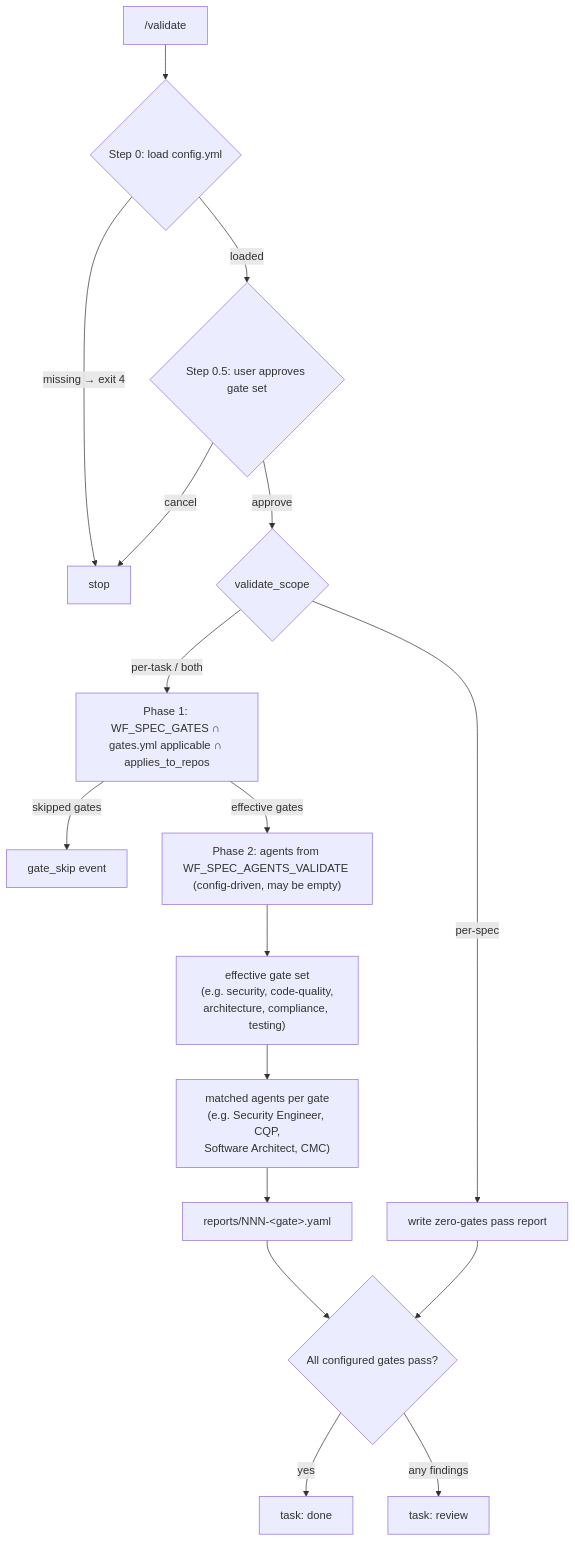
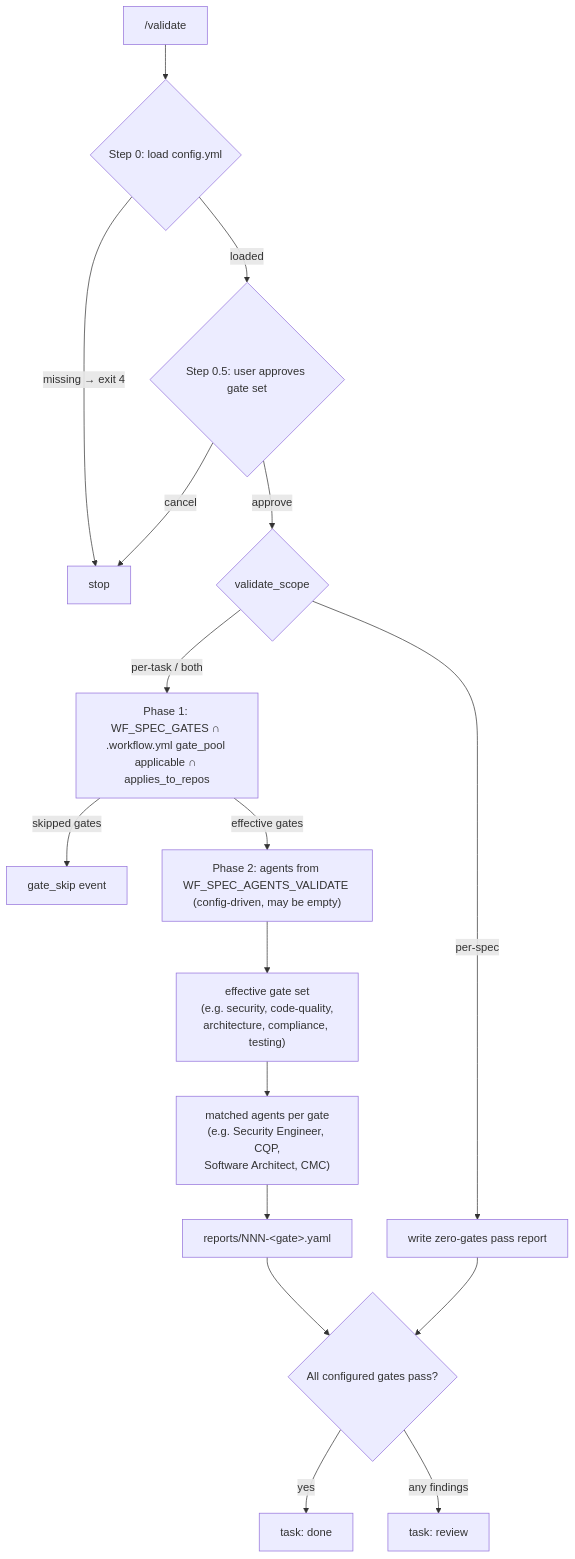
One commit to AlarQ/SDD-hub changed the fourth of 16 diagrams in docs/workflow-diagram.md. Above: the diagram before and after it, drawn with Mermaid. The commit also changed other lines of this file and 102 other files, not shown here.

````diff
--- a/docs/workflow-diagram.md
+++ b/docs/workflow-diagram.md
@@ -162,21 +162,21 @@
 ```mermaid
 graph TD
     V["/validate"] --> CFG0{Step 0: load config.yml}
     CFG0 -->|missing → exit 4| STOP_V[stop]
     CFG0 -->|loaded| APPR{Step 0.5: user approves gate set}
     APPR -->|cancel| STOP_V
     APPR -->|approve| SCOPE{validate_scope}
     SCOPE -->|per-spec| PASS[write zero-gates pass report]
-    SCOPE -->|per-task / both| CEIL["Phase 1: WF_SPEC_GATES ∩ gates.yml applicable ∩ applies_to_repos"]
+    SCOPE -->|per-task / both| CEIL["Phase 1: WF_SPEC_GATES ∩ .workflow.yml gate_pool applicable ∩ applies_to_repos"]
     CEIL -->|skipped gates| SKIP[gate_skip event]
     CEIL -->|effective gates| AGT["Phase 2: agents from WF_SPEC_AGENTS_VALIDATE (config-driven, may be empty)"]
 
     AGT --> GATES["effective gate set<br/>(e.g. security, code-quality,<br/>architecture, compliance, testing)"]
     GATES --> AGENTS["matched agents per gate<br/>(e.g. Security Engineer, CQP,<br/>Software Architect, CMC)"]
     AGENTS --> REPORTS[reports/NNN-&lt;gate&gt;.yaml]
 
     REPORTS --> AGG{All configured gates pass?}
     PASS --> AGG
     AGG -->|yes| DONE[task: done]
     AGG -->|any findings| REVIEW[task: review]
 ```
````
